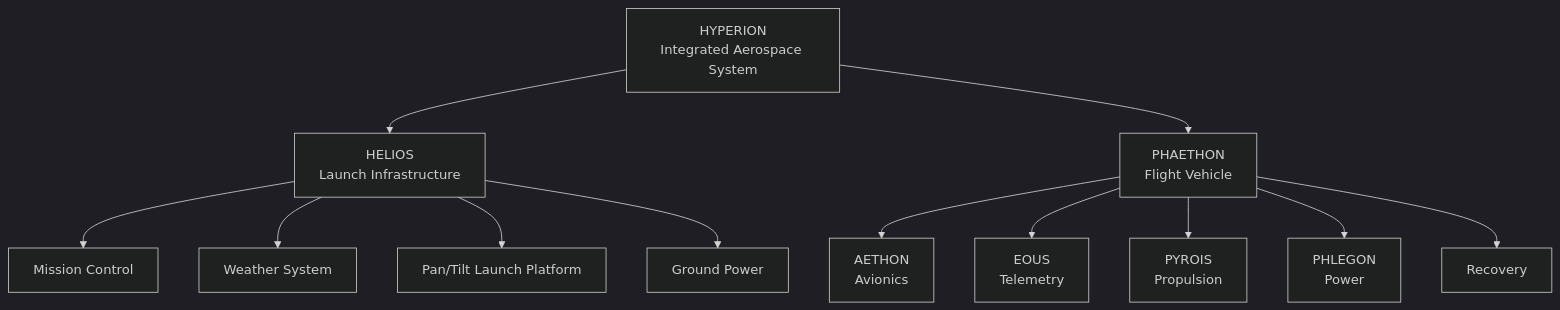
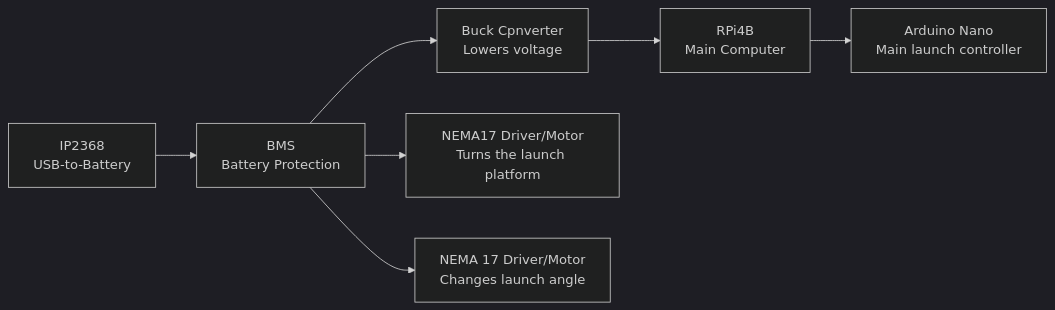
The diagram in docs/Hardware/Power_Architecture.md (LowFat-BaconWrap/Hyperion-Integrated-Aerospace-System), drawn with Mermaid (dark theme) before and after one commit. The commit also changed other lines of this file, not shown here.

````diff
--- a/docs/Hardware/Power_Architecture.md
+++ b/docs/Hardware/Power_Architecture.md
@@ -4,19 +4,15 @@
 ```mermaid
-graph TD
+graph LR
 
-H[HYPERION<br>Integrated Aerospace System]
+H[IP2368<br>USB-to-Battery]
 
-H --> HELIOS[HELIOS<br>Launch Infrastructure]
-H --> PHAETHON[PHAETHON<br>Flight Vehicle]
+H --> HELIOS[BMS<br>Battery Protection]
 
-HELIOS --> CONTROL[Mission Control]
-HELIOS --> WEATHER[Weather System]
-HELIOS --> PLATFORM[Pan/Tilt Launch Platform]
-HELIOS --> POWER[Ground Power]
+HELIOS --> BUCK[Buck Cpnverter<br>Lowers voltage]
+HELIOS --> NEMA1[NEMA17 Driver/Motor<br>Turns the launch platform]
+HELIOS --> NEMA2[NEMA 17 Driver/Motor<br>Changes launch angle]
 
-PHAETHON --> AETHON[AETHON<br>Avionics]
-PHAETHON --> EOUS[EOUS<br>Telemetry]
-PHAETHON --> PYROIS[PYROIS<br>Propulsion]
-PHAETHON --> PHLEGON[PHLEGON<br>Power]
-PHAETHON --> RECOVERY[Recovery]
+BUCK --> RPI[RPi4B<br>Main Computer]
+
+RPI --> ARDUINO[Arduino Nano<br>Main launch controller]
 ```
````
